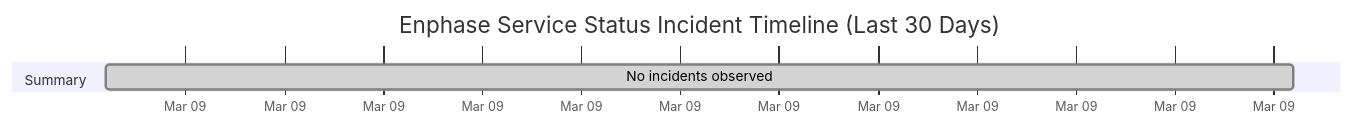
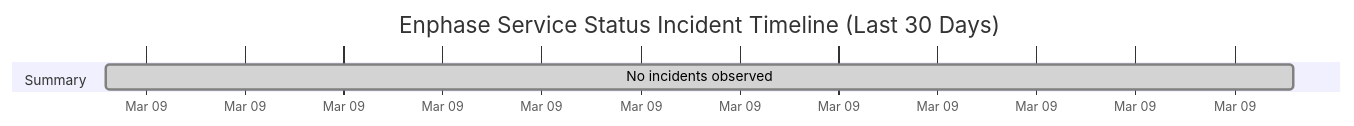
Before and after one commit to barneyonline/ha-enphase-ev-charger: the diagram in wiki/Service-Status-History.md, drawn with Mermaid. The commit also changed other lines of this file and 3 other files, not shown here.

````diff
--- a/wiki/Service-Status-History.md
+++ b/wiki/Service-Status-History.md
@@ -14,8 +14,8 @@
 ```mermaid
 gantt
     title Enphase Service Status Incident Timeline (Last 30 Days)
     dateFormat  YYYY-MM-DDTHH:mm:ss
     axisFormat  %b %d
     section Summary
-    No incidents observed :done, 2026-03-09T07:44:06, 1m
+    No incidents observed :done, 2026-03-09T08:33:58, 1m
 ```
````
